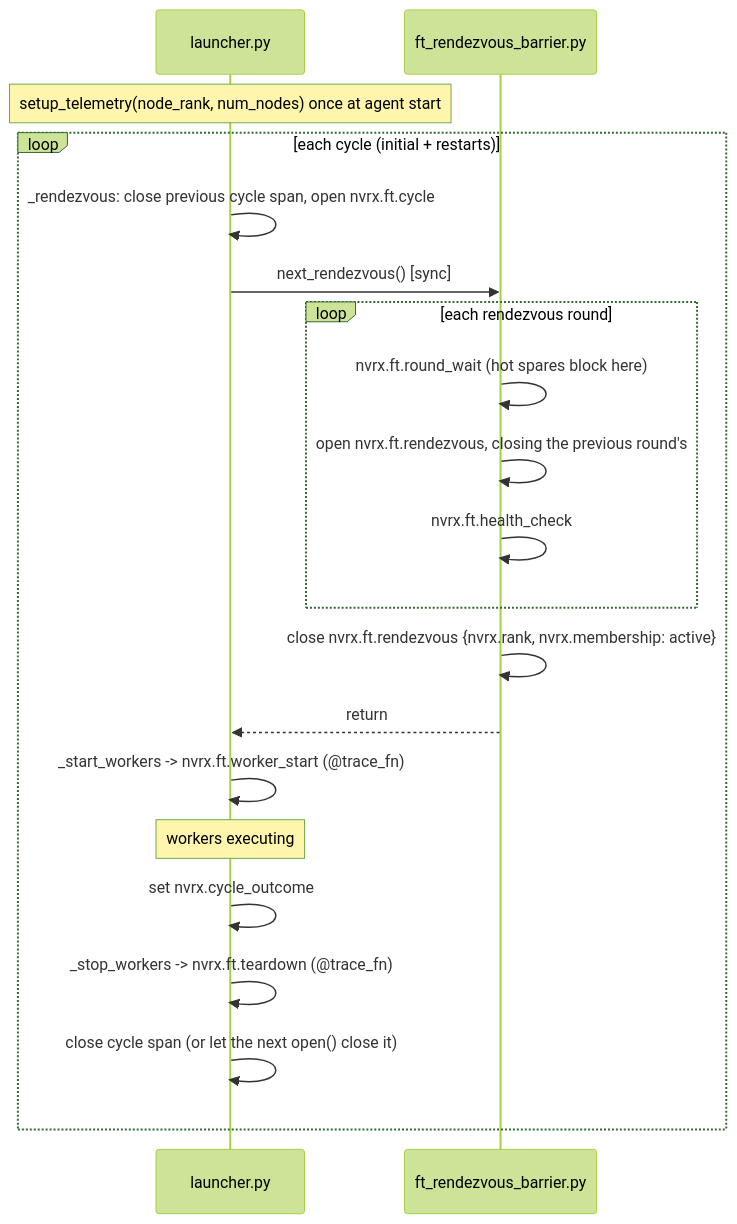
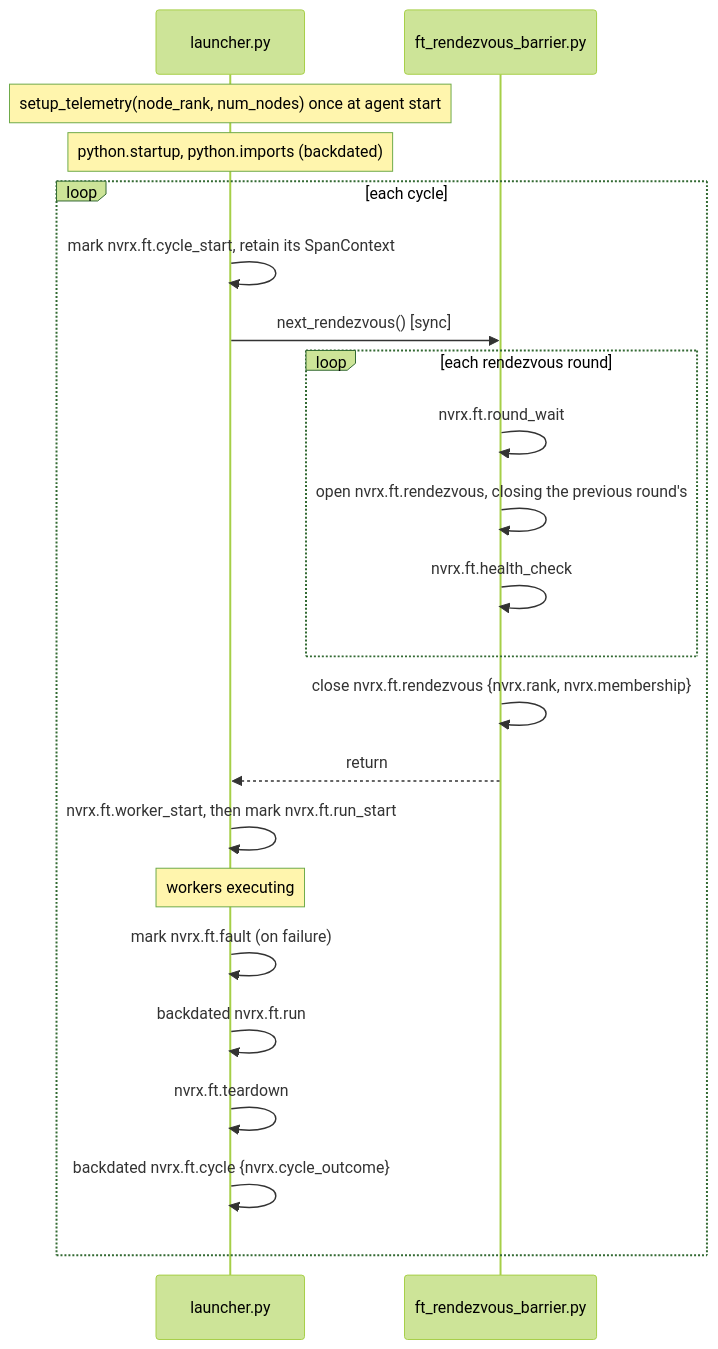
One commit to NVIDIA/nvidia-resiliency-ext changed the second of 2 diagrams in docs/design/telemetry/NEMO_LENS.md. Above: the diagram before and after it, drawn with Mermaid (forest theme). The commit also changed other lines of this file, not shown here.

````diff
--- a/docs/design/telemetry/NEMO_LENS.md
+++ b/docs/design/telemetry/NEMO_LENS.md
@@ -114,24 +161,26 @@
 ```mermaid
 sequenceDiagram
     participant L as launcher.py
     participant R as ft_rendezvous_barrier.py
 
     Note over L: setup_telemetry(node_rank, num_nodes) once at agent start
+    Note over L: python.startup, python.imports (backdated)
 
-    loop each cycle (initial + restarts)
-        L->>L: _rendezvous: close previous cycle span, open nvrx.ft.cycle
+    loop each cycle
+        L->>L: mark nvrx.ft.cycle_start, retain its SpanContext
         L->>R: next_rendezvous() [sync]
         loop each rendezvous round
-            R->>R: nvrx.ft.round_wait (hot spares block here)
+            R->>R: nvrx.ft.round_wait
             R->>R: open nvrx.ft.rendezvous, closing the previous round's
             R->>R: nvrx.ft.health_check
         end
-        R->>R: close nvrx.ft.rendezvous {nvrx.rank, nvrx.membership: active}
+        R->>R: close nvrx.ft.rendezvous {nvrx.rank, nvrx.membership}
         R-->>L: return
-        L->>L: _start_workers -> nvrx.ft.worker_start (@trace_fn)
+        L->>L: nvrx.ft.worker_start, then mark nvrx.ft.run_start
         Note over L: workers executing
-        L->>L: set nvrx.cycle_outcome
-        L->>L: _stop_workers -> nvrx.ft.teardown (@trace_fn)
-        L->>L: close cycle span (or let the next open() close it)
+        L->>L: mark nvrx.ft.fault (on failure)
+        L->>L: backdated nvrx.ft.run
+        L->>L: nvrx.ft.teardown
+        L->>L: backdated nvrx.ft.cycle {nvrx.cycle_outcome}
     end
 ```
````
